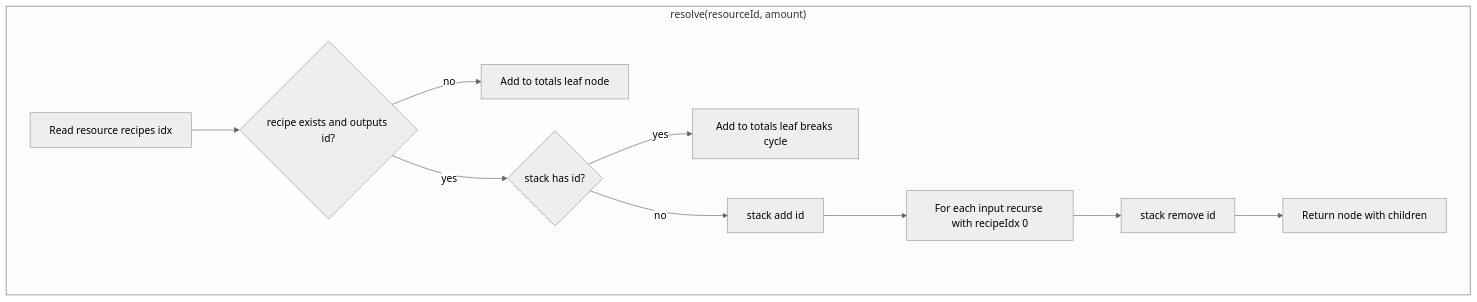
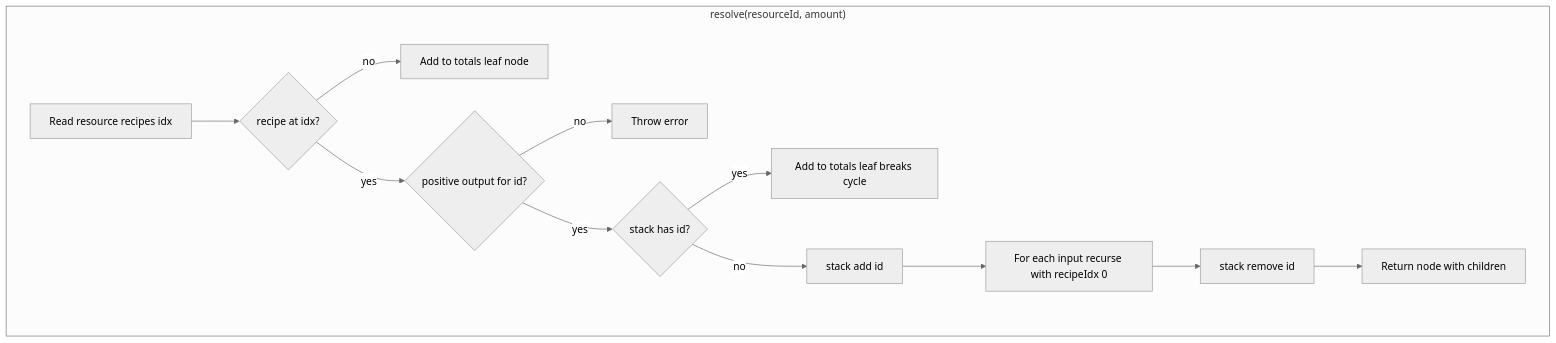
The diagram in docs/technical-calculator.md (ben-shepherd/captain-of-industry-calculator), drawn with Mermaid (neutral theme) before and after one commit. The commit also changed other lines of this file and 4 other files, not shown here.

````diff
--- a/docs/technical-calculator.md
+++ b/docs/technical-calculator.md
@@ -20,14 +21,16 @@
 ```mermaid
 flowchart TD
   subgraph resolverFlow ["resolve(resourceId, amount)"]
     R[Read resource recipes idx]
-    R --> HasRecipe{recipe exists and outputs id?}
+    R --> HasRecipe{recipe at idx?}
     HasRecipe -->|no| Leaf[Add to totals leaf node]
-    HasRecipe -->|yes| Cycle{stack has id?}
+    HasRecipe -->|yes| OutputOk{positive output for id?}
+    OutputOk -->|no| Err[Throw error]
+    OutputOk -->|yes| Cycle{stack has id?}
     Cycle -->|yes| LeafCycle[Add to totals leaf breaks cycle]
     Cycle -->|no| Push[stack add id]
     Push --> Children[For each input recurse with recipeIdx 0]
     Children --> Pop[stack remove id]
     Pop --> Node[Return node with children]
   end
 ```
````
